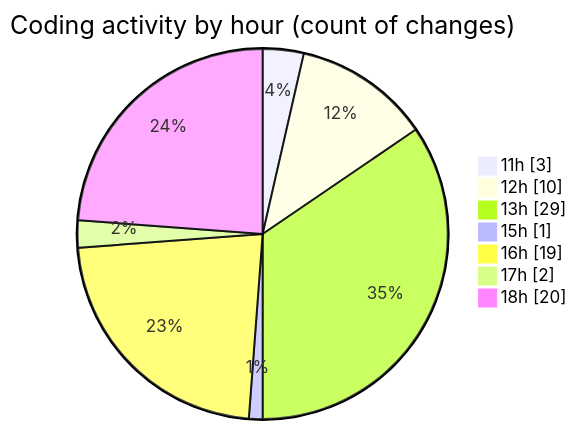
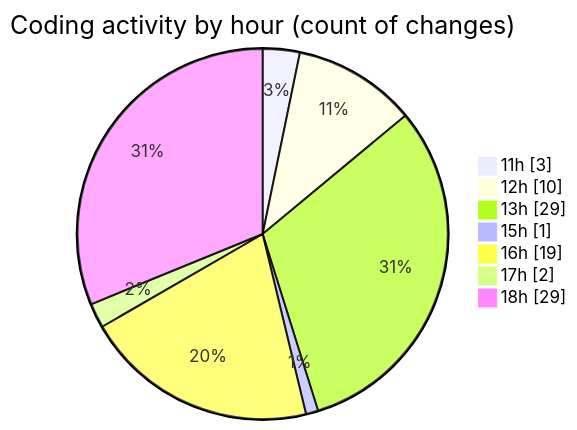
The second of 2 diagrams in 2025-09-09/nxtqube_webapp/README.md (nxtqubesakshisongat/code-tracking), drawn with Mermaid before and after one commit. The commit also changed other lines of this file and 1 other file, not shown here.

````diff
--- a/2025-09-09/nxtqube_webapp/README.md
+++ b/2025-09-09/nxtqube_webapp/README.md
@@ -31,11 +31,11 @@
 ```mermaid
 pie showData
 title Coding activity by hour (count of changes)
 "11h" : 3
 "12h" : 10
 "13h" : 29
 "15h" : 1
 "16h" : 19
 "17h" : 2
-"18h" : 20
+"18h" : 29
 ```
````
